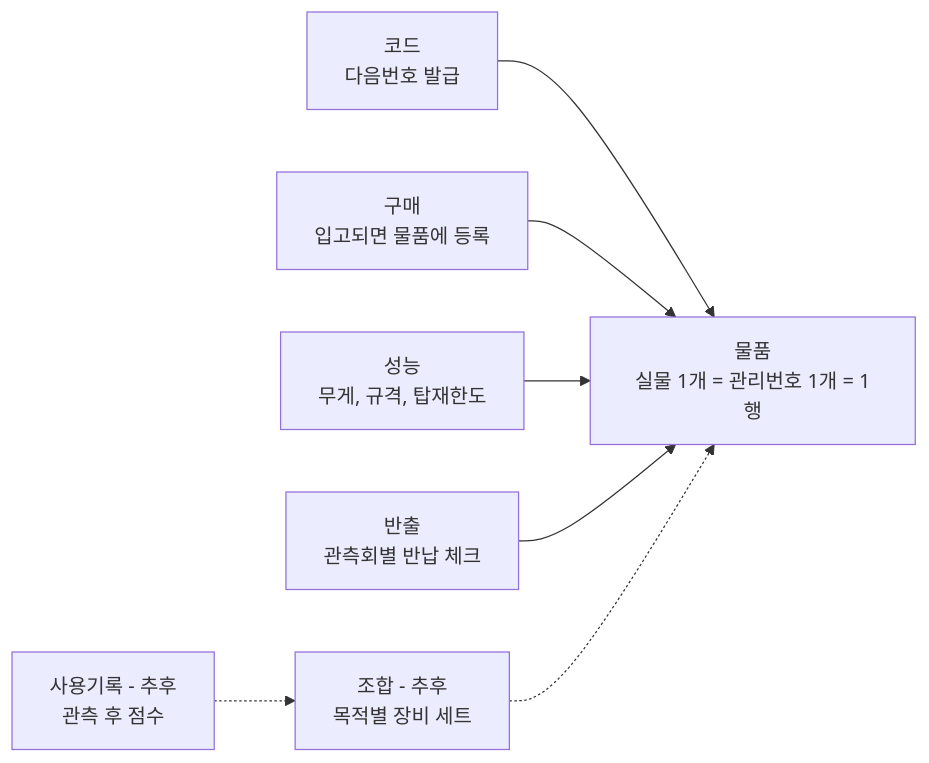
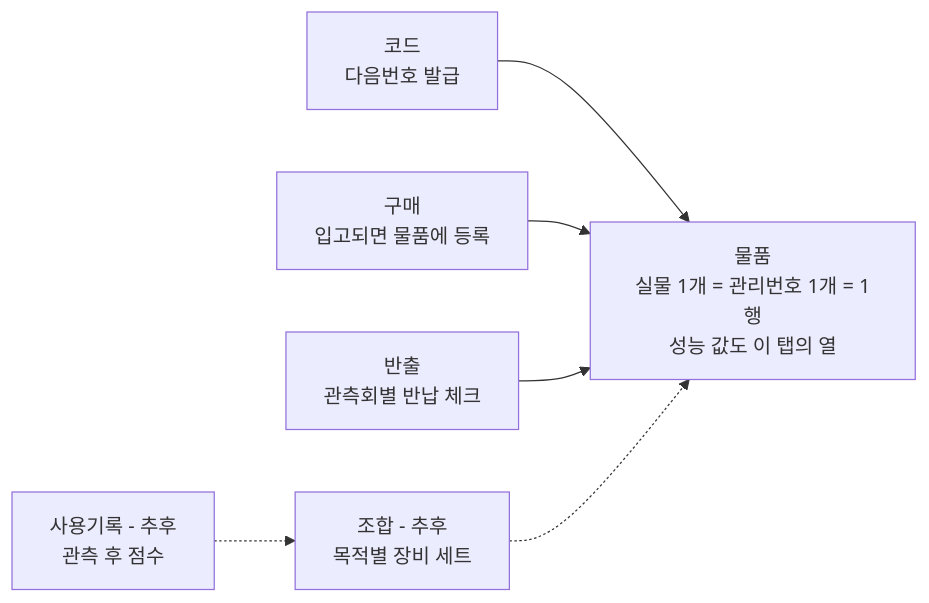
One commit to jiwon-astro/kaist-starflower-inventory changed the diagram in README.md. Above: the diagram before and after it, drawn with Mermaid. The commit also changed other lines of this file and 1 other file, not shown here.

````diff
--- a/README.md
+++ b/README.md
@@ -28,10 +27,9 @@
 ```mermaid
 flowchart LR
-  n0["물품<br/>실물 1개 = 관리번호 1개 = 1행"]
+  n0["물품<br/>실물 1개 = 관리번호 1개 = 1행<br/>성능 값도 이 탭의 열"]
   n1["코드<br/>다음번호 발급"] --> n0
   n2["구매<br/>입고되면 물품에 등록"] --> n0
-  n3["성능<br/>무게, 규격, 탑재한도"] --> n0
   n5["반출<br/>관측회별 반납 체크"] --> n0
   n6["조합 - 추후<br/>목적별 장비 세트"] -.-> n0
   n7["사용기록 - 추후<br/>관측 후 점수"] -.-> n6
 ```
````
